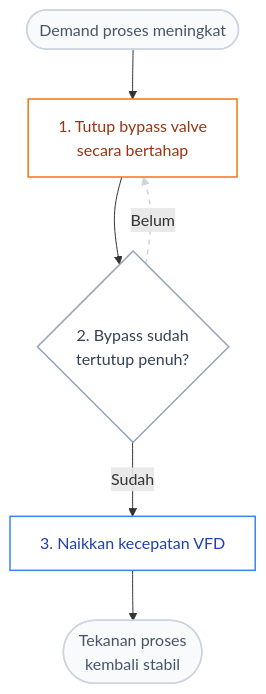
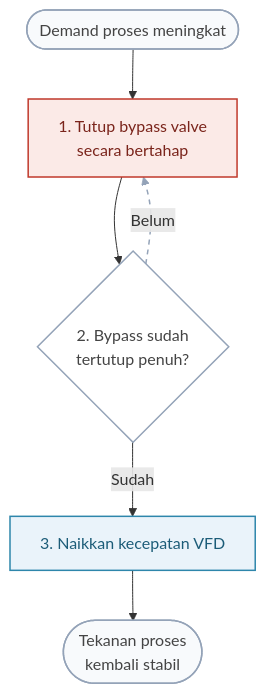
Before and after one commit to kumajaya/kiiota-blog: the second of 2 diagrams in docs/_posts/2026-09-13-kurva-v-hz-pada-roots-blower-kenapa-menurunkan-kecepatan-bisa-menaikkan-arus-motor.md, drawn with Mermaid. The commit also changed other lines of this file, not shown here.

```diff
--- a/docs/_posts/2026-09-13-kurva-v-hz-pada-roots-blower-kenapa-menurunkan-kecepatan-bisa-menaikkan-arus-motor.md
+++ b/docs/_posts/2026-09-13-kurva-v-hz-pada-roots-blower-kenapa-menurunkan-kecepatan-bisa-menaikkan-arus-motor.md
@@ -144,19 +182,19 @@
     <div class="mermaid">
       flowchart TD
           Start([Demand proses meningkat]) --&gt; B1
           B1["1. Tutup bypass valve<br>secara bertahap"] --&gt; B2{"2. Bypass sudah<br>tertutup penuh?"}
           B2 -- Belum --&gt; B1
           B2 -- Sudah --&gt; B3["3. Naikkan kecepatan VFD"]
           B3 --&gt; Selesai([Tekanan proses<br>kembali stabil])
-          classDef trigger fill:#f8fafc,stroke:#cbd5e1,stroke-width:1.5px,color:#475569
-          classDef bypass fill:#ffffff,stroke:#f97316,stroke-width:1.5px,color:#9a3412
-          classDef decision fill:#ffffff,stroke:#94a3b8,stroke-width:1.5px,color:#334155
-          classDef vfd fill:#ffffff,stroke:#3b82f6,stroke-width:1.5px,color:#1e40af
-          classDef endNode fill:#f8fafc,stroke:#cbd5e1,stroke-width:1.5px,color:#475569
+          classDef trigger fill:#f8fafc,stroke:#94a3b8,stroke-width:1.5px,color:#444444
+          classDef bypass fill:#fbeae7,stroke:#C0392B,stroke-width:1.5px,color:#7a241b
+          classDef decision fill:#ffffff,stroke:#94a3b8,stroke-width:1.5px,color:#444444
+          classDef vfd fill:#eaf3fa,stroke:#2E86AB,stroke-width:1.5px,color:#1c5c78
+          classDef endNode fill:#f8fafc,stroke:#94a3b8,stroke-width:1.5px,color:#444444
           class Start trigger
           class B1 bypass
           class B2 decision
           class B3 vfd
           class Selesai endNode
-          linkStyle 2 stroke:#cbd5e1,stroke-width:1.5px,stroke-dasharray:5,5
+          linkStyle 2 stroke:#94a3b8,stroke-width:1.5px,stroke-dasharray:5,5
     </div>
```
